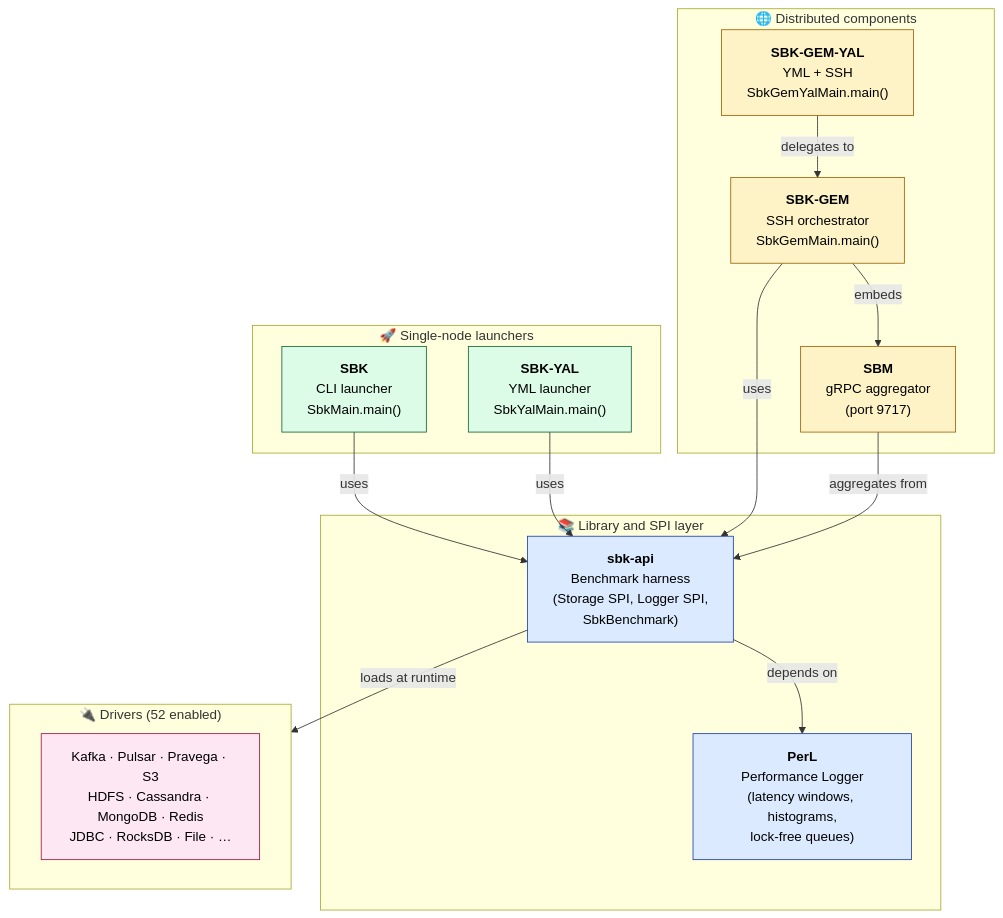
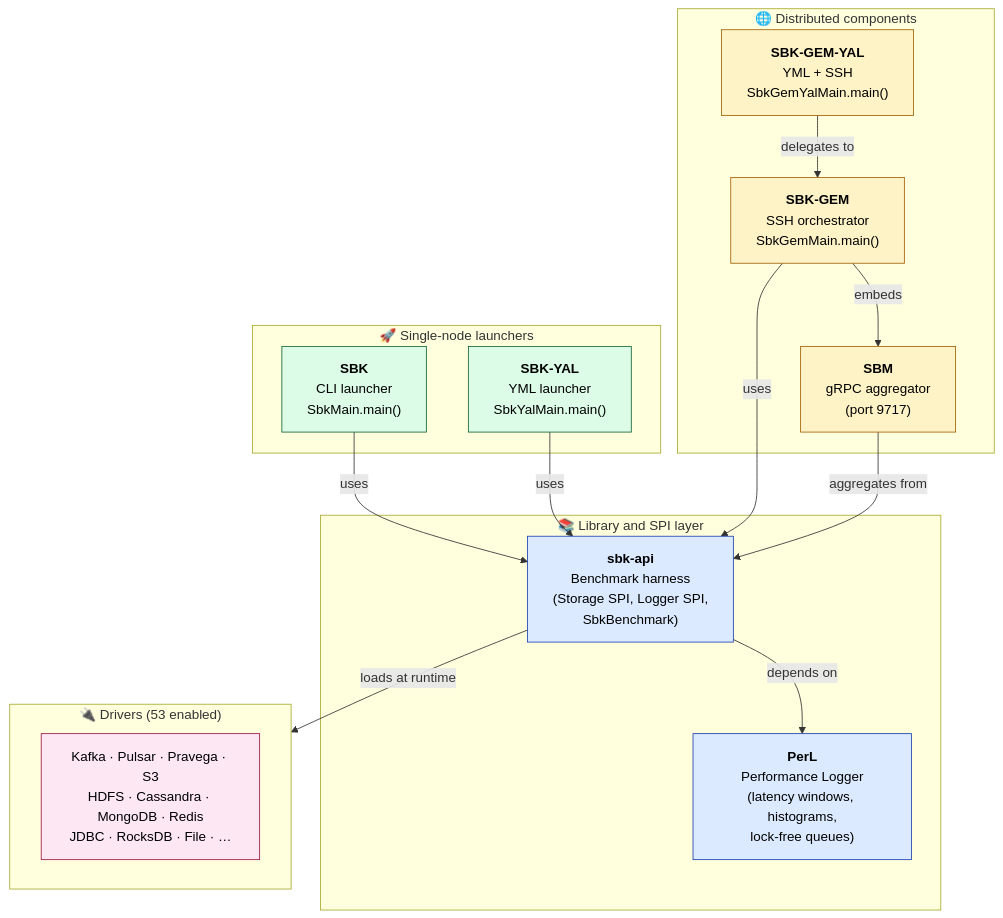
Before and after one commit to kmgowda/SBK: the third of 39 diagrams in docs/sbk-internals.md, drawn with Mermaid. The commit also changed other lines of this file and 21 other files, not shown here.

````diff
--- a/docs/sbk-internals.md
+++ b/docs/sbk-internals.md
@@ -226,41 +226,41 @@
 ```mermaid
 flowchart TB
     subgraph LIB["📚 Library and SPI layer"]
         PERL["<b>PerL</b><br/>Performance Logger<br/>(latency windows, histograms,<br/>lock-free queues)"]
         API["<b>sbk-api</b><br/>Benchmark harness<br/>(Storage SPI, Logger SPI,<br/>SbkBenchmark)"]
     end
 
     subgraph LAUNCH["🚀 Single-node launchers"]
         SBK["<b>SBK</b><br/>CLI launcher<br/>SbkMain.main()"]
         YAL["<b>SBK-YAL</b><br/>YML launcher<br/>SbkYalMain.main()"]
     end
 
     subgraph DIST["🌐 Distributed components"]
         SBM["<b>SBM</b><br/>gRPC aggregator<br/>(port 9717)"]
         GEM["<b>SBK-GEM</b><br/>SSH orchestrator<br/>SbkGemMain.main()"]
         GYAL["<b>SBK-GEM-YAL</b><br/>YML + SSH<br/>SbkGemYalMain.main()"]
     end
 
-    subgraph DRIVERS["🔌 Drivers (52 enabled)"]
+    subgraph DRIVERS["🔌 Drivers (53 enabled)"]
         DRV["Kafka · Pulsar · Pravega · S3<br/>HDFS · Cassandra · MongoDB · Redis<br/>JDBC · RocksDB · File · …"]
     end
 
     API -->|depends on| PERL
     SBK -->|uses| API
     YAL -->|uses| API
     GEM -->|uses| API
     GEM -->|embeds| SBM
     GYAL -->|delegates to| GEM
     SBM -->|aggregates from| API
     API -->|loads at runtime| DRIVERS
 
     classDef lib fill:#dbeafe,stroke:#1e40af,color:#000
     classDef launch fill:#dcfce7,stroke:#166534,color:#000
     classDef dist fill:#fef3c7,stroke:#a16207,color:#000
     classDef drv fill:#fce7f3,stroke:#9d174d,color:#000
 
     class PERL,API lib
     class SBK,YAL launch
     class SBM,GEM,GYAL dist
     class DRV drv
 ```
````
